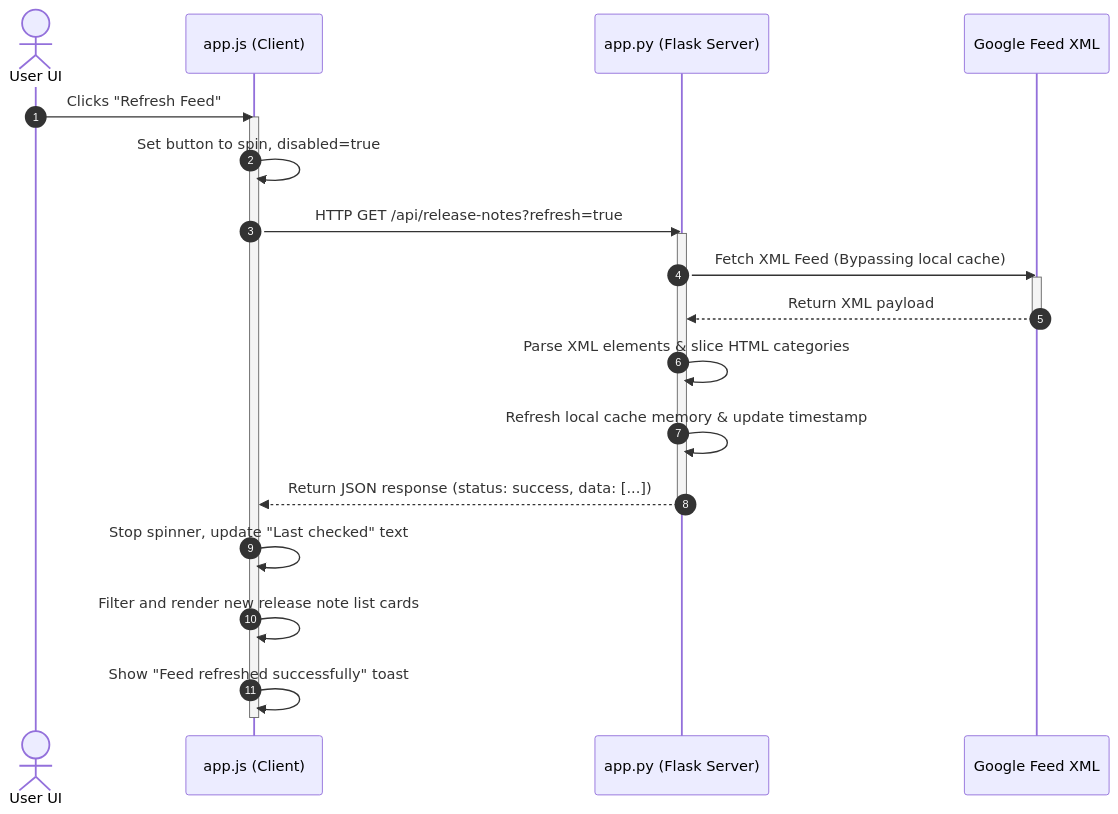
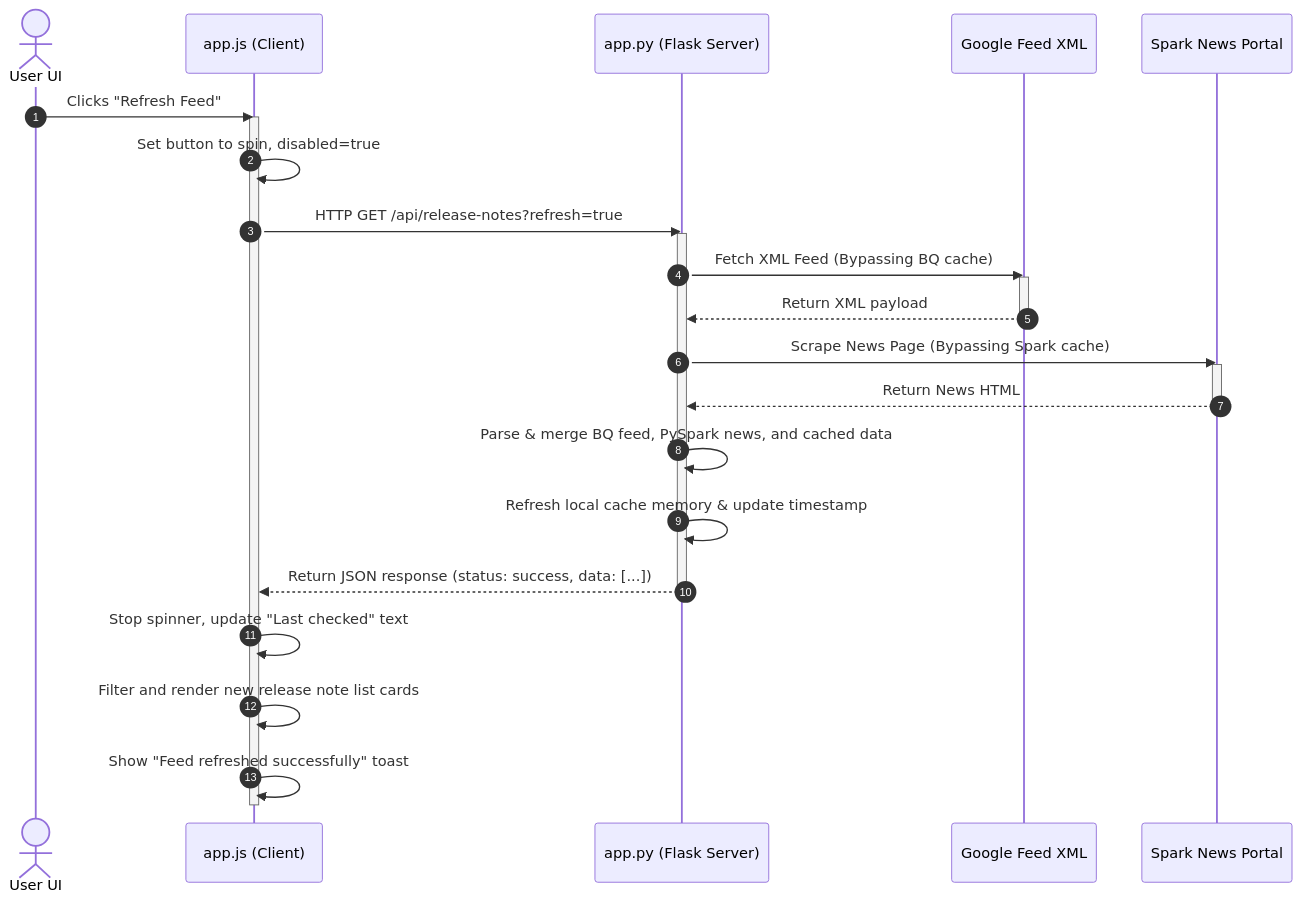
Before and after one commit to goelkiran/goelkir-event-talks-app: the first of 2 diagrams in system_architecture.md, drawn with Mermaid. The commit also changed other lines of this file and 2 other files, not shown here.

````diff
--- a/system_architecture.md
+++ b/system_architecture.md
@@ -65,26 +67,31 @@
 ```mermaid
 sequenceDiagram
     autonumber
     actor User as User UI
     participant Client as app.js (Client)
     participant Server as app.py (Flask Server)
-    participant Feed as Google Feed XML
+    participant BQ as Google Feed XML
+    participant Spark as Spark News Portal
 
     User->>Client: Clicks "Refresh Feed"
     activate Client
     Client->>Client: Set button to spin, disabled=true
     Client->>Server: HTTP GET /api/release-notes?refresh=true
     activate Server
-    Server->>Feed: Fetch XML Feed (Bypassing local cache)
-    activate Feed
-    Feed-->>Server: Return XML payload
-    deactivate Feed
-    Server->>Server: Parse XML elements & slice HTML categories
+    Server->>BQ: Fetch XML Feed (Bypassing BQ cache)
+    activate BQ
+    BQ-->>Server: Return XML payload
+    deactivate BQ
+    Server->>Spark: Scrape News Page (Bypassing Spark cache)
+    activate Spark
+    Spark-->>Server: Return News HTML
+    deactivate Spark
+    Server->>Server: Parse & merge BQ feed, PySpark news, and cached data
     Server->>Server: Refresh local cache memory & update timestamp
     Server-->>Client: Return JSON response (status: success, data: [...])
     deactivate Server
     Client->>Client: Stop spinner, update "Last checked" text
     Client->>Client: Filter and render new release note list cards
     Client->>Client: Show "Feed refreshed successfully" toast
     deactivate Client
 ```
````
